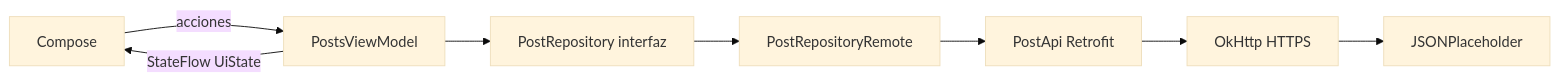
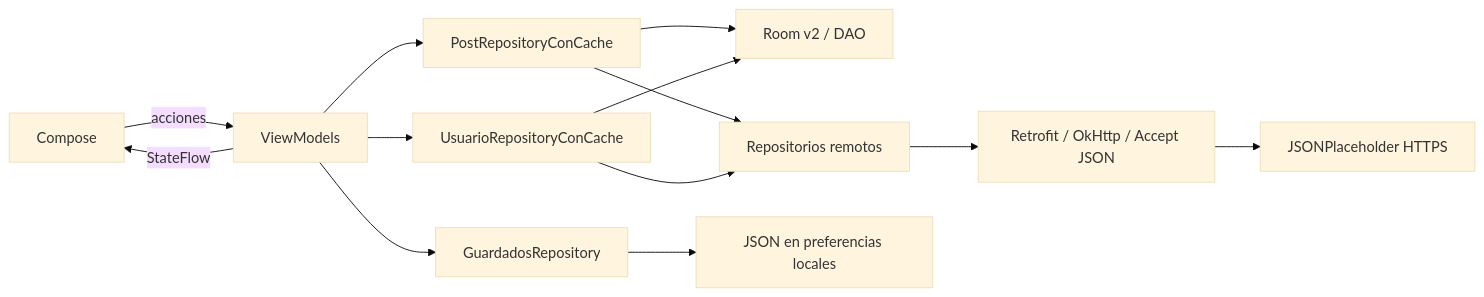
Before and after one commit to Daniellaln/MuroCampusLeon: the diagram in README.md, drawn with Mermaid (base theme). The commit also changed other lines of this file and 73 other files, not shown here.

````diff
--- a/README.md
+++ b/README.md
@@ -50,10 +69,15 @@
 ```mermaid
 flowchart LR
-  V[Compose] -->|acciones| VM[PostsViewModel]
-  VM -->|StateFlow UiState| V
-  VM --> R[PostRepository interfaz]
-  R --> RR[PostRepositoryRemote]
-  RR --> A[PostApi Retrofit]
-  A --> HTTP[OkHttp HTTPS]
-  HTTP --> JSON[JSONPlaceholder]
+    UI[Compose] -->|acciones| VM[ViewModels]
+    VM -->|StateFlow| UI
+    VM --> POSTS[PostRepositoryConCache]
+    VM --> AUTORES[UsuarioRepositoryConCache]
+    VM --> GUARDADAS[GuardadosRepository]
+    POSTS --> ROOM[Room v2 / DAO]
+    AUTORES --> ROOM
+    POSTS --> REMOTO[Repositorios remotos]
+    AUTORES --> REMOTO
+    REMOTO --> HTTP[Retrofit / OkHttp / Accept JSON]
+    HTTP --> API[JSONPlaceholder HTTPS]
+    GUARDADAS --> JSON[JSON en preferencias locales]
 ```
````
